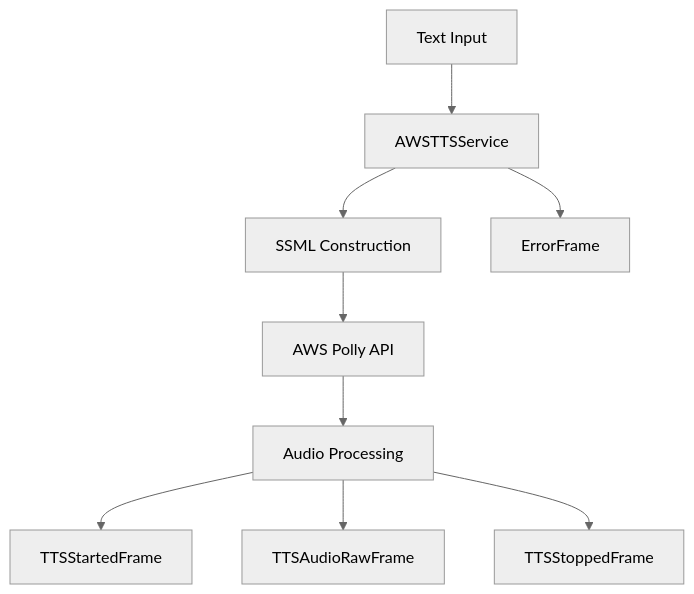
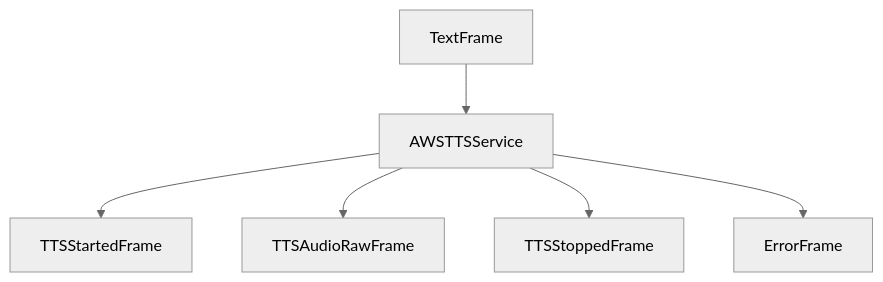
One commit to pipecat-ai/docs changed the diagram in api-reference/services/tts/aws.mdx. Above: the diagram before and after it, drawn with Mermaid (neutral theme). The commit also changed 25 other files, not shown here.

Commit message:
Clean up Frame Flow diagrams

````diff
--- a/api-reference/services/tts/aws.mdx
+++ b/api-reference/services/tts/aws.mdx
@@ -165,11 +165,8 @@
 ```mermaid
 graph TD
-    A[Text Input] --> B[AWSTTSService]
-    B --> C[SSML Construction]
-    C --> D[AWS Polly API]
-    D --> E[Audio Processing]
-    E --> F[TTSStartedFrame]
-    E --> G[TTSAudioRawFrame]
-    E --> H[TTSStoppedFrame]
-    B --> I[ErrorFrame]
+    A[TextFrame] --> B[AWSTTSService]
+    B --> C[TTSStartedFrame]
+    B --> D[TTSAudioRawFrame]
+    B --> E[TTSStoppedFrame]
+    B --> F[ErrorFrame]
 ```
````
